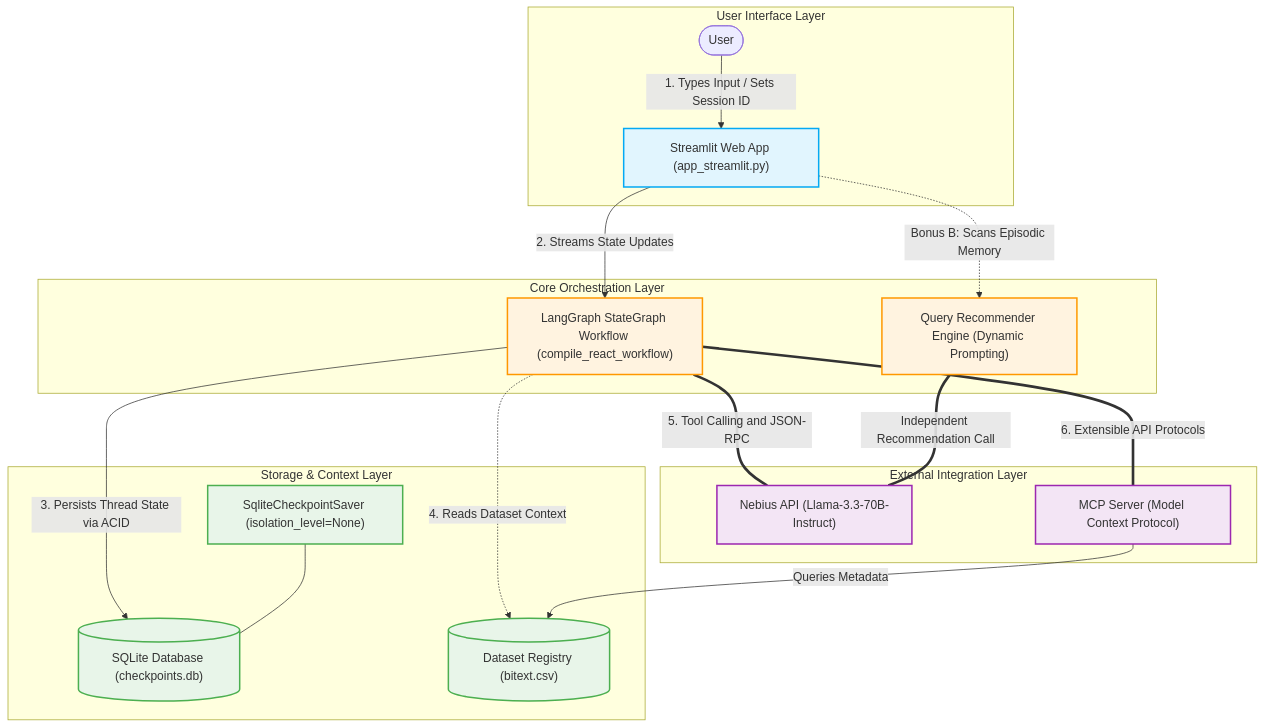
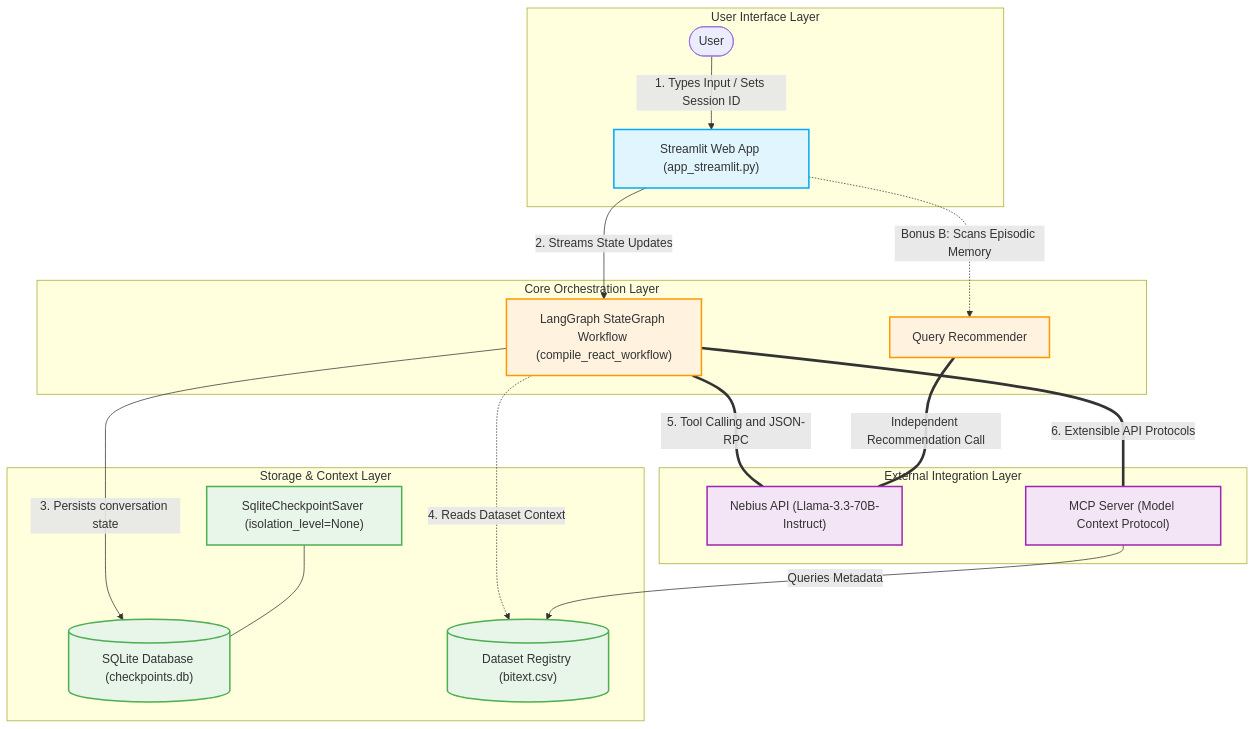
The first of 2 diagrams in README.md (AnnaChudilin/nebius-agent-assignment3-anna-chudilin), drawn with Mermaid before and after one commit. The commit also changed other lines of this file, not shown here.

````diff
--- a/README.md
+++ b/README.md
@@ -69,45 +73,45 @@
 ```mermaid
 graph TD
     %% Node Styling Definitions
     classDef ui fill:#e1f5fe,stroke:#03a9f4,stroke-width:2px;
     classDef core fill:#fff3e0,stroke:#ff9800,stroke-width:2px;
     classDef storage fill:#e8f5e9,stroke:#4caf50,stroke-width:2px;
     classDef external fill:#f3e5f5,stroke:#9c27b0,stroke-width:2px;
 
     %% User Interface Layer
-    subgraph UI_Layer [User Interface Layer]
+    subgraph UI [User Interface Layer]
         User([User]) -->|1. Types Input / Sets Session ID| Streamlit["Streamlit Web App (app_streamlit.py)"]
     end
     class Streamlit ui;
 
     %% Core Orchestration Layer
-    subgraph Core_Layer [Core Orchestration Layer]
+    subgraph Core Workflow [Core Orchestration Layer]
         Streamlit -->|2. Streams State Updates| LangGraph["LangGraph StateGraph Workflow (compile_react_workflow)"]
         
         %% Bonus B Components
-        Streamlit .->|Bonus B: Scans Episodic Memory| RecEngine["Query Recommender Engine (Dynamic Prompting)"]
+        Streamlit .->|Bonus B: Scans Episodic Memory| RecEngine["Query Recommender"]
     end
     class LangGraph,RecEngine core;
 
     %% Storage & Context Layer
-    subgraph Storage_Layer [Storage & Context Layer]
-        LangGraph -->|3. Persists Thread State via ACID| SQLite[("SQLite Database (checkpoints.db)")]
+    subgraph Persistence [Storage & Context Layer]
+        LangGraph -->|3. Persists conversation state| SQLite[("SQLite Database (checkpoints.db)")]
         LangGraph -.->|4. Reads Dataset Context| CSV[("Dataset Registry (bitext.csv)")]
         
         %% SqliteCheckpointSaver Connectivity
         SQLiteCheckpoint["SqliteCheckpointSaver (isolation_level=None)"] --- SQLite
     end
     class SQLite,CSV,SQLiteCheckpoint storage;
 
     %% External Integration Layer
-    subgraph External_Layer [External Integration Layer]
+    subgraph External Services [External Integration Layer]
         %% LLM Orchestration
         LangGraph ===|5. Tool Calling and JSON-RPC| LLM["Nebius API (Llama-3.3-70B-Instruct)"]
         RecEngine ===|Independent Recommendation Call| LLM
         
         %% MCP Communication
         LangGraph ===|6. Extensible API Protocols| MCPServer["MCP Server (Model Context Protocol)"]
         MCPServer -->|Queries Metadata| CSV
     end
     class LLM,MCPServer external;
 ```
````
